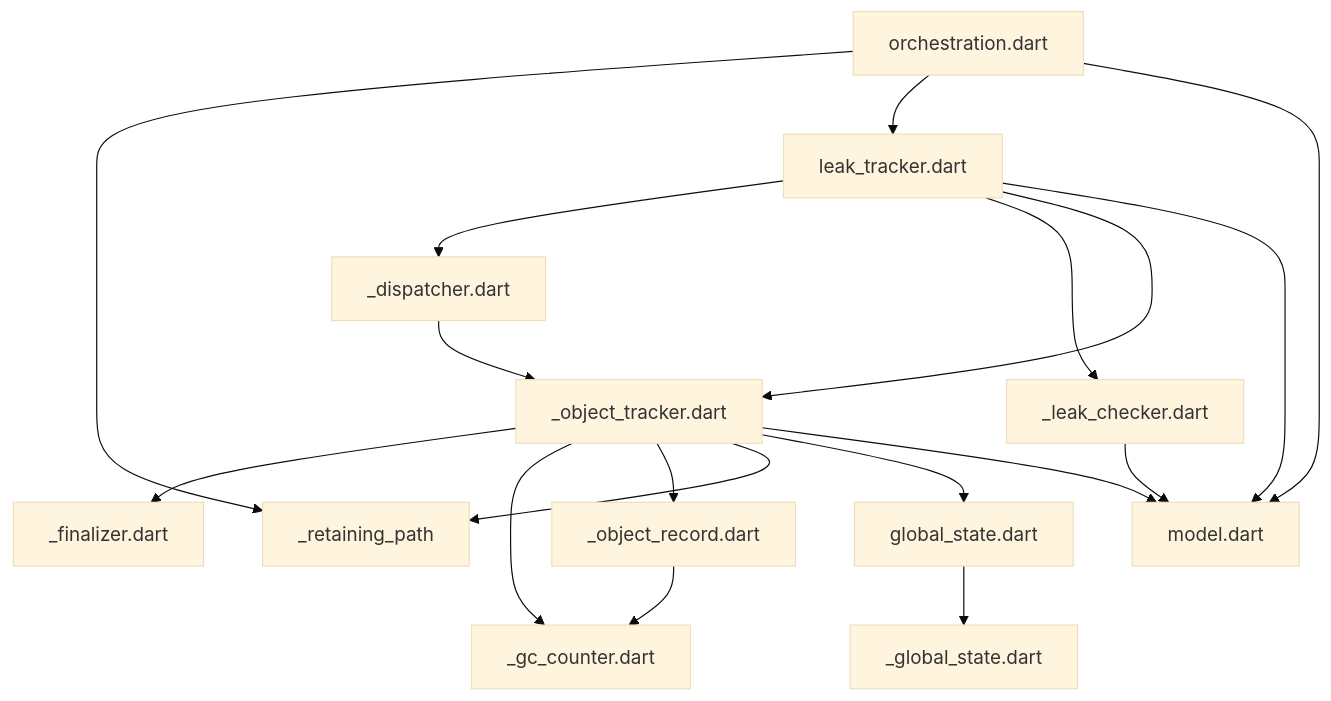
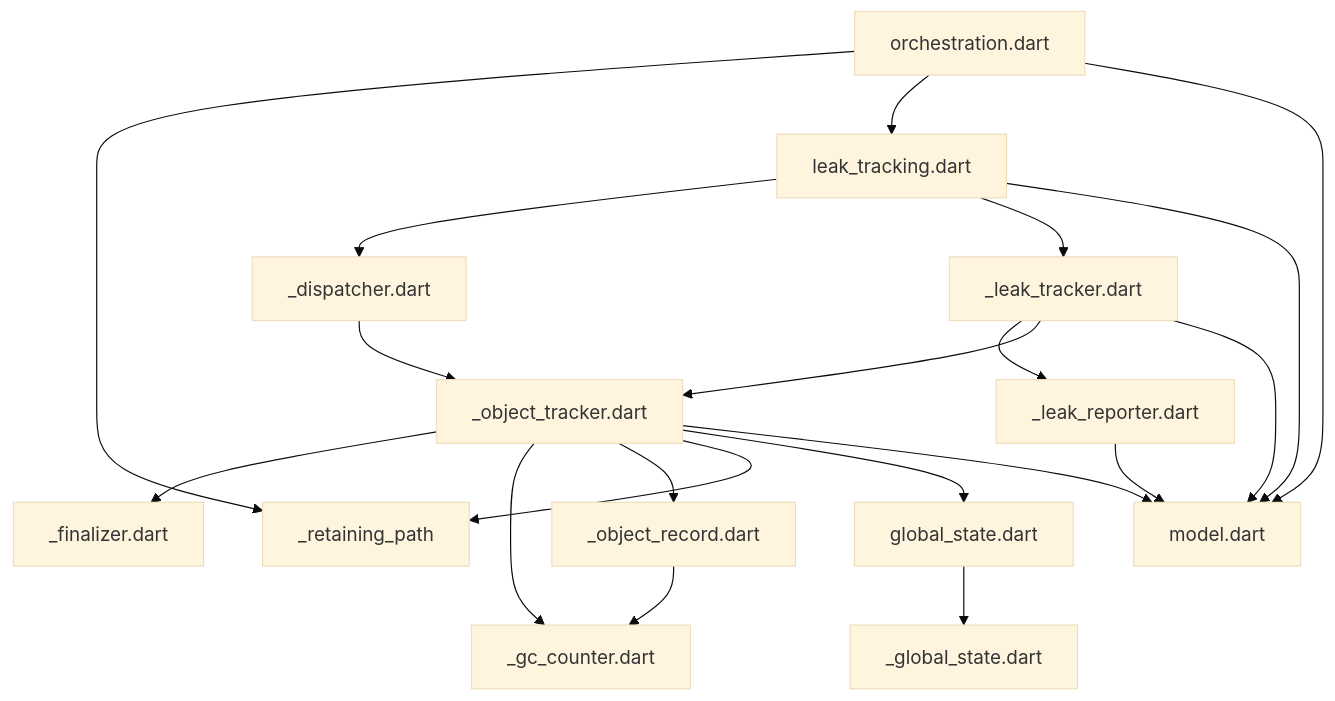
One commit to dart-lang/leak_tracker changed the diagram in pkgs/leak_tracker/lib/src/leak_tracking/DEPENDENCIES.md. Above: the diagram before and after it, drawn with Mermaid (base theme). The commit also changed 2 other files, not shown here.

````diff
--- a/pkgs/leak_tracker/lib/src/leak_tracking/DEPENDENCIES.md
+++ b/pkgs/leak_tracker/lib/src/leak_tracking/DEPENDENCIES.md
@@ -6,20 +6,22 @@
 ```mermaid
 flowchart TD;
 _dispatcher.dart-->_object_tracker.dart;
-_leak_checker.dart-->model.dart;
+_leak_reporter.dart-->model.dart;
+_leak_tracker.dart-->_leak_reporter.dart;
+_leak_tracker.dart-->_object_tracker.dart;
+_leak_tracker.dart-->model.dart;
 _object_record.dart-->_gc_counter.dart;
 _object_tracker.dart-->_finalizer.dart;
 _object_tracker.dart-->_gc_counter.dart;
 _object_tracker.dart-->_object_record.dart;
 _object_tracker.dart-->_retaining_path;
 _object_tracker.dart-->global_state.dart;
 _object_tracker.dart-->model.dart;
 global_state.dart-->_global_state.dart;
-leak_tracker.dart-->_dispatcher.dart;
-leak_tracker.dart-->_leak_checker.dart;
-leak_tracker.dart-->_object_tracker.dart;
-leak_tracker.dart-->model.dart;
+leak_tracking.dart-->_dispatcher.dart;
+leak_tracking.dart-->_leak_tracker.dart;
+leak_tracking.dart-->model.dart;
 orchestration.dart-->_retaining_path;
-orchestration.dart-->leak_tracker.dart;
+orchestration.dart-->leak_tracking.dart;
 orchestration.dart-->model.dart;
 ```
````
